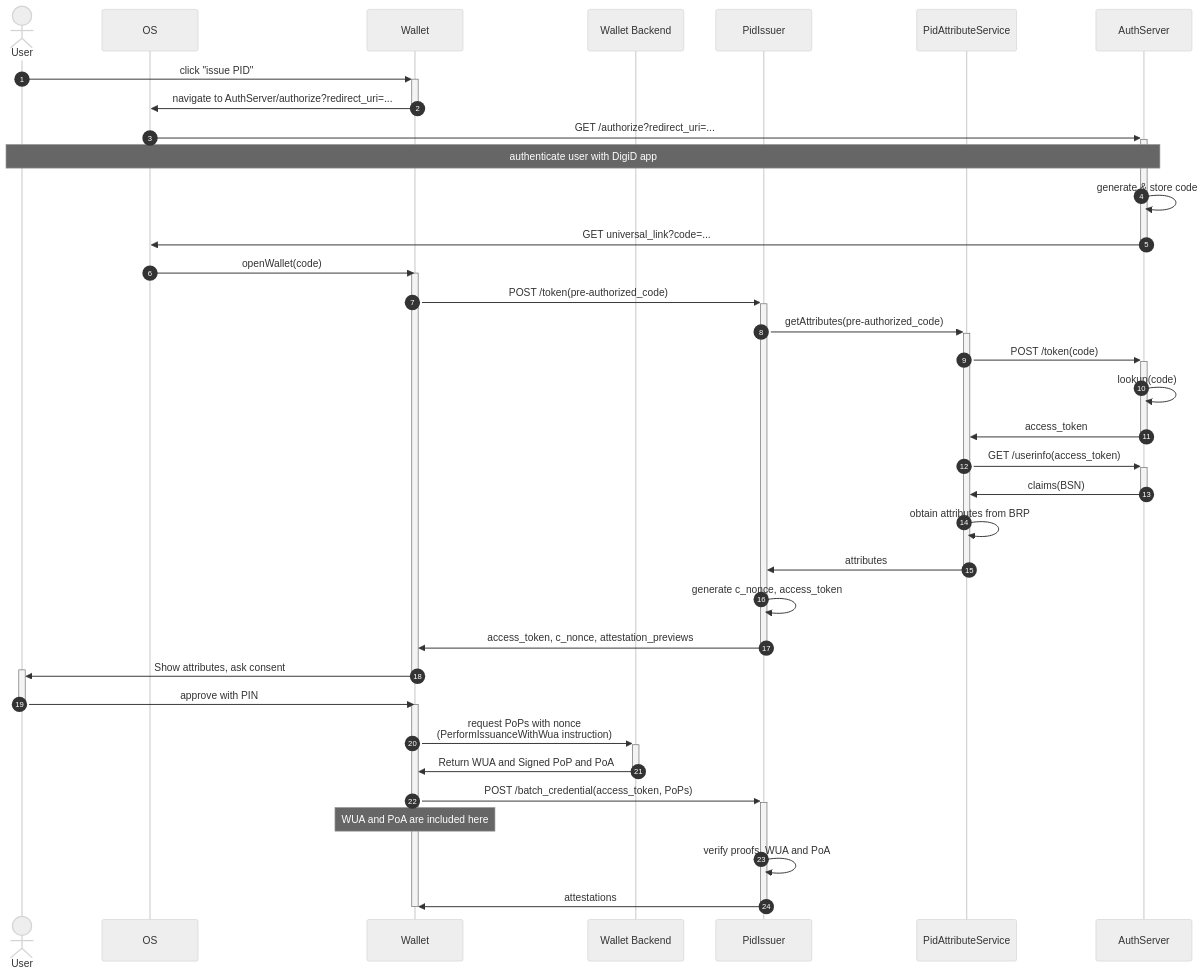
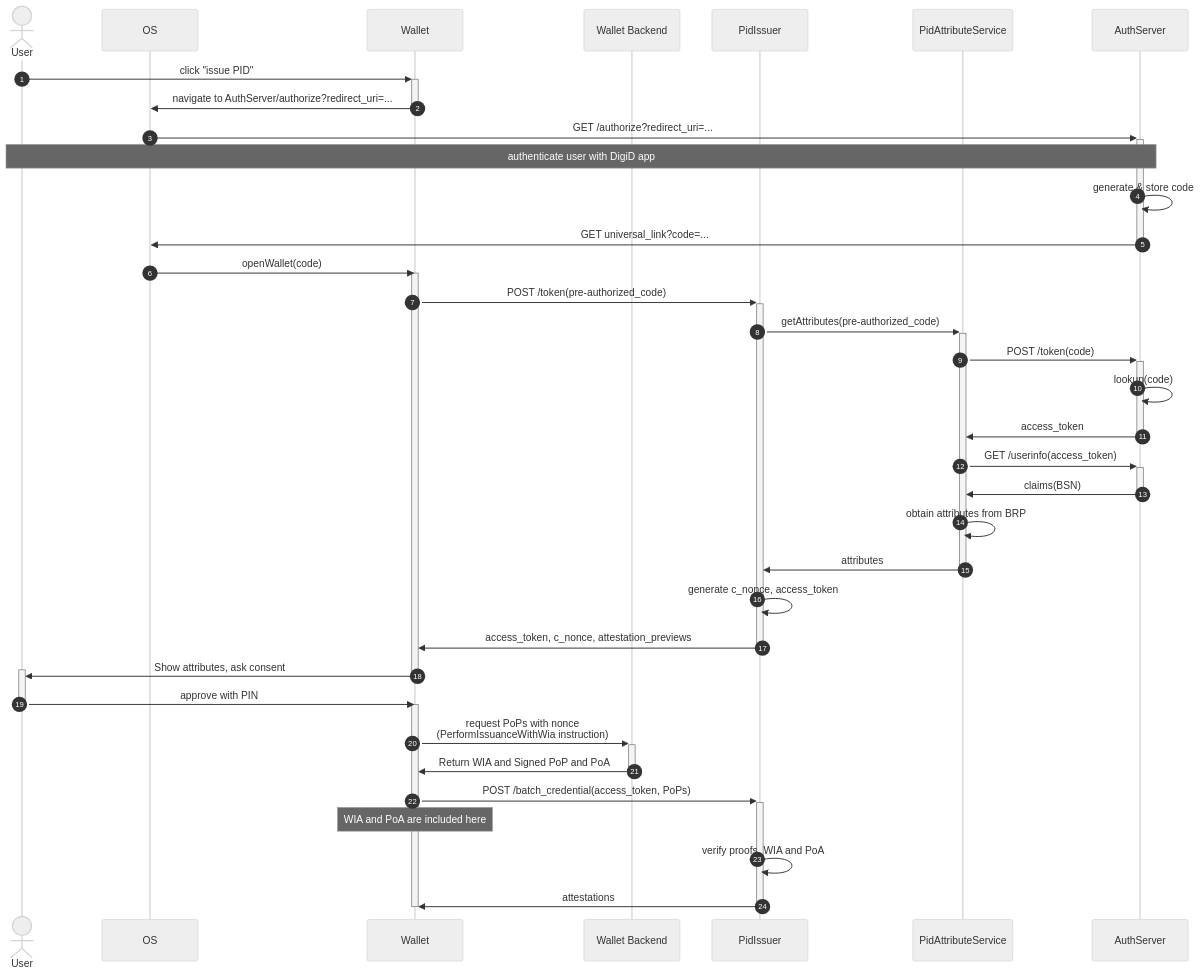
One commit to MinBZK/nl-wallet changed the first of 2 diagrams in wallet_docs/architecture/use-cases/issuance-with-openid4vci.md. Above: the diagram before and after it, drawn with Mermaid (neutral theme). The commit also changed other lines of this file and 52 other files, not shown here.

First line of the commit message:
Rename WUA to WIA in source code and documentation

````diff
--- a/wallet_docs/architecture/use-cases/issuance-with-openid4vci.md
+++ b/wallet_docs/architecture/use-cases/issuance-with-openid4vci.md
@@ -83,43 +83,43 @@
 ```{mermaid}
 sequenceDiagram
     autonumber
 
     actor User
     participant OS
     participant Wallet
     participant WP as Wallet Backend
     participant WalletServer as PidIssuer
     participant PidAttributeService
     participant AuthServer
 
     User->>+Wallet: click "issue PID"
     Wallet->>-OS: navigate to AuthServer/authorize?redirect_uri=...
     OS->>+AuthServer: GET /authorize?redirect_uri=...
     note over User, AuthServer: authenticate user with DigiD app
     AuthServer->>AuthServer: generate & store code
     AuthServer->>-OS: GET universal_link?code=...
     OS->>Wallet: openWallet(code)
     activate Wallet
         Wallet->>+WalletServer: POST /token(pre-authorized_code)
         WalletServer->>+PidAttributeService: getAttributes(pre-authorized_code)
         PidAttributeService->>+AuthServer: POST /token(code)
         AuthServer->>AuthServer: lookup(code)
         AuthServer->>-PidAttributeService: access_token
         PidAttributeService->>+AuthServer: GET /userinfo(access_token)
         AuthServer->>-PidAttributeService: claims(BSN)
         PidAttributeService->>PidAttributeService: obtain attributes from BRP
         PidAttributeService->>-WalletServer: attributes
         WalletServer->>WalletServer: generate c_nonce, access_token
         WalletServer->>-Wallet: access_token, c_nonce, attestation_previews
         Wallet->>+User: Show attributes, ask consent
     deactivate Wallet
     User->>-Wallet: approve with PIN
     activate Wallet
-        Wallet ->>+ WP: request PoPs with nonce<br/>(PerformIssuanceWithWua instruction)
-        WP ->>- Wallet: Return WUA and Signed PoP and PoA
+        Wallet ->>+ WP: request PoPs with nonce<br/>(PerformIssuanceWithWia instruction)
+        WP ->>- Wallet: Return WIA and Signed PoP and PoA
         Wallet->>+WalletServer: POST /batch_credential(access_token, PoPs)
-        note over Wallet: WUA and PoA are included here
-        WalletServer->>WalletServer: verify proofs,  WUA and PoA
+        note over Wallet: WIA and PoA are included here
+        WalletServer->>WalletServer: verify proofs,  WIA and PoA
         WalletServer->>-Wallet: attestations
     deactivate Wallet
 ```
````
